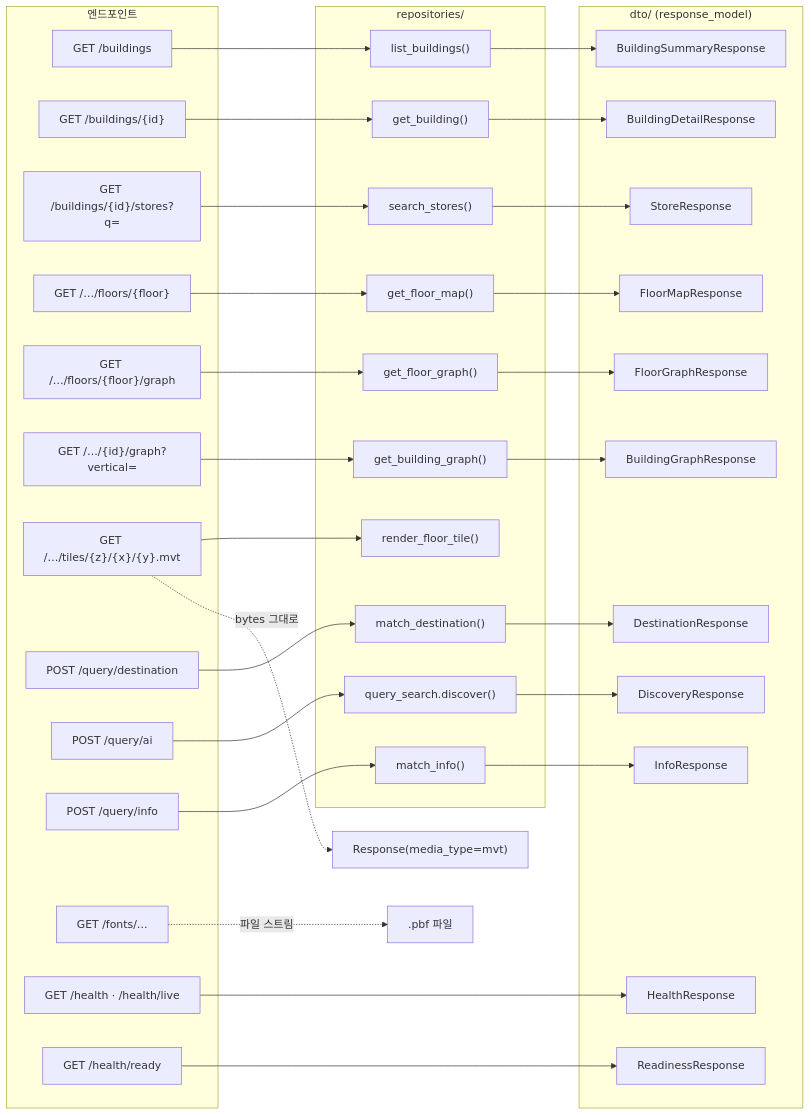
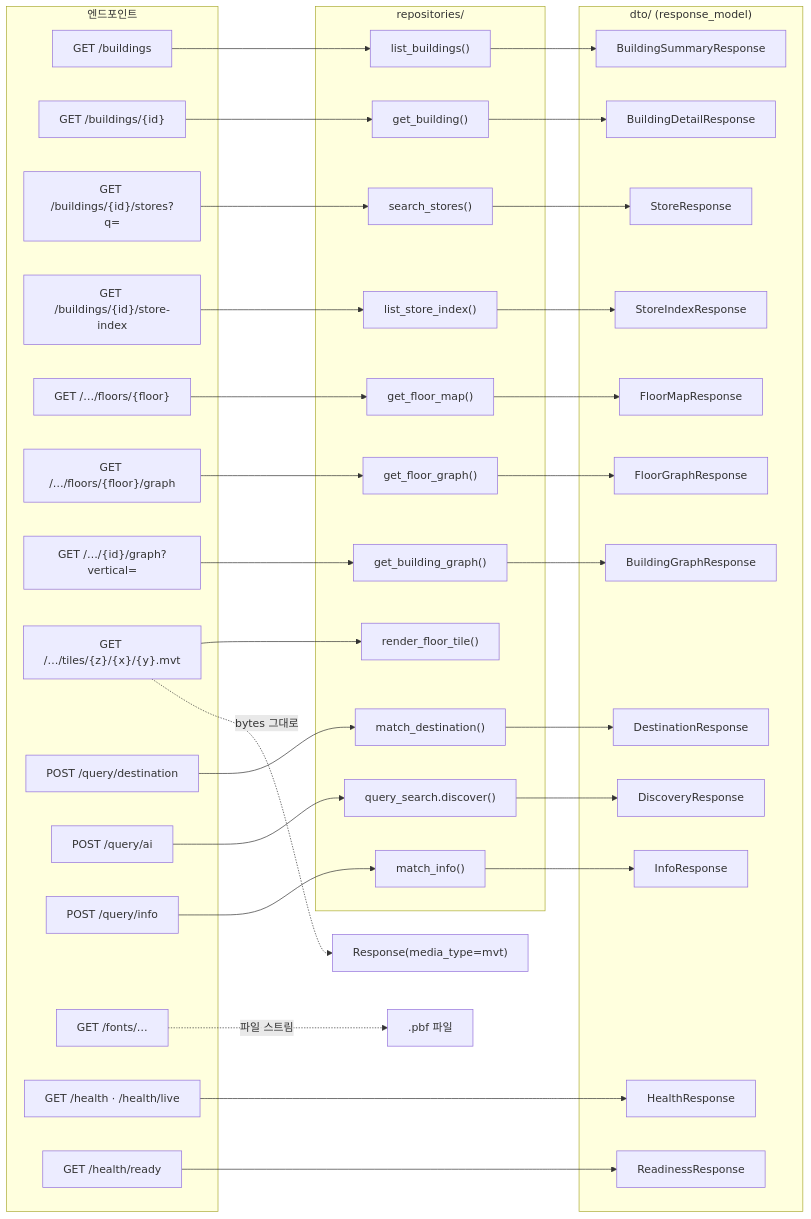
The diagram in backend/app/routers/README.md (Routex-labs/Navigation), drawn with Mermaid before and after one commit. The commit also changed 2 other files, not shown here.

Commit message:
docs: 계층 README에 store-index 엔드포인트를 반영한다
라우터·DTO·리포지토리 README의 목록과 다이어그램에 새 경로를 추가했다. 좌표 변환을
거치지 않는 것이 이 조회의 특징이라 그 사실도 함께 적었다.

````diff
--- a/backend/app/routers/README.md
+++ b/backend/app/routers/README.md
@@ -28,61 +28,65 @@
 ```mermaid
 flowchart LR
     subgraph EP["엔드포인트"]
         e1["GET /buildings"]
         e2["GET /buildings/{id}"]
         e3["GET /buildings/{id}/stores?q="]
+        e3b["GET /buildings/{id}/store-index"]
         e4["GET /…/floors/{floor}"]
         e5["GET /…/floors/{floor}/graph"]
         e5b["GET /…/{id}/graph?vertical="]
         e6["GET /…/tiles/{z}/{x}/{y}.mvt"]
         e7["POST /query/destination"]
         e8["POST /query/ai"]
         e9["POST /query/info"]
         e10["GET /fonts/…"]
         e11["GET /health · /health/live"]
         e11b["GET /health/ready"]
     end
 
     subgraph RP["repositories/"]
         f1["list_buildings()"]
         f2["get_building()"]
         f3["search_stores()"]
+        f3b["list_store_index()"]
         f4["get_floor_map()"]
         f5["get_floor_graph()"]
         f5b["get_building_graph()"]
         f6["render_floor_tile()"]
         f7["match_destination()"]
         f8["query_search.discover()"]
         f9["match_info()"]
     end
 
     subgraph DT["dto/ (response_model)"]
         d1["BuildingSummaryResponse"]
         d2["BuildingDetailResponse"]
         d3["StoreResponse"]
+        d3b["StoreIndexResponse"]
         d4["FloorMapResponse"]
         d5["FloorGraphResponse"]
         d5b["BuildingGraphResponse"]
         d6["DestinationResponse"]
         d7["InfoResponse"]
         d8["HealthResponse"]
         d9["DiscoveryResponse"]
         d10["ReadinessResponse"]
     end
 
     e1 --> f1 --> d1
     e2 --> f2 --> d2
     e3 --> f3 --> d3
+    e3b --> f3b --> d3b
     e4 --> f4 --> d4
     e5 --> f5 --> d5
     e5b --> f5b --> d5b
     e6 --> f6
     e7 --> f7 --> d6
     e8 --> f8 --> d9
     e9 --> f9 --> d7
     e11 --> d8
     e11b --> d10
 
     e6 -. "bytes 그대로" .-> mvt["Response(media_type=mvt)"]
     e10 -. "파일 스트림" .-> pbf[".pbf 파일"]
 ```
````
